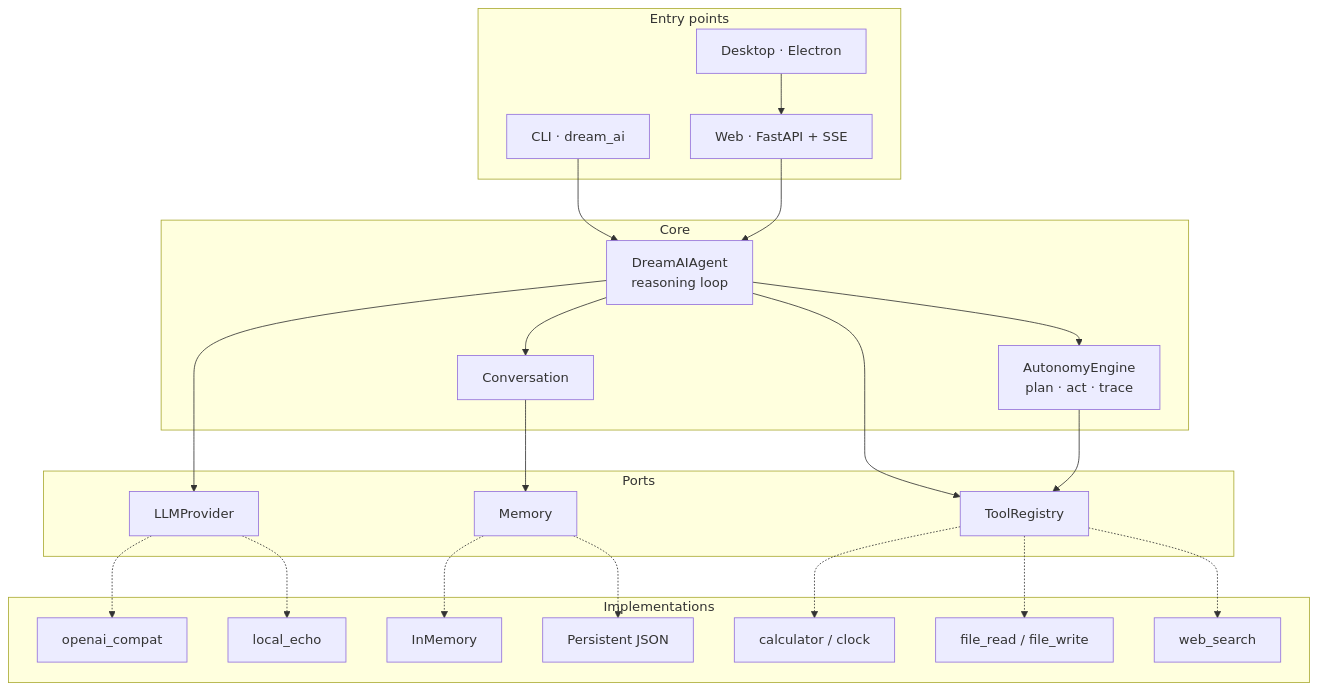
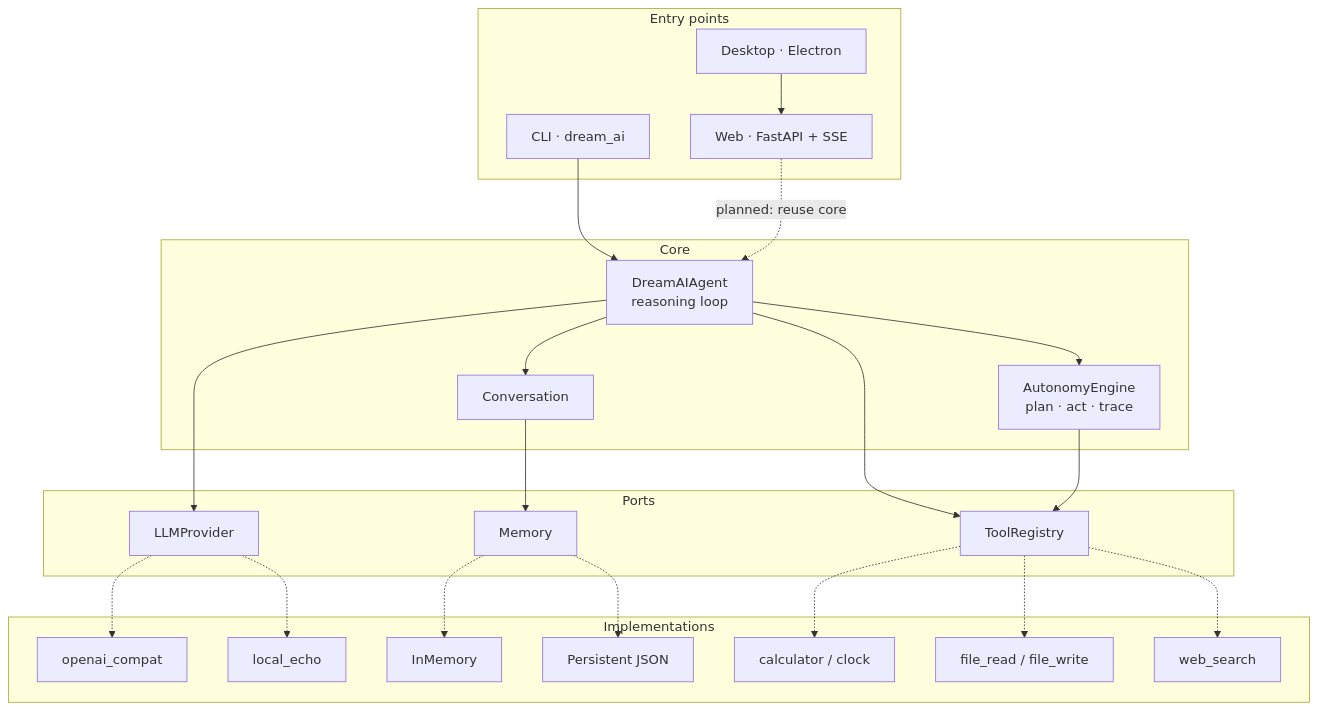
One commit to Li-Guijiang/DreamAI changed the diagram in README.md. Above: the diagram before and after it, drawn with Mermaid. The commit also changed other lines of this file and 36 other files, not shown here.

````diff
--- a/README.md
+++ b/README.md
@@ -99,47 +116,47 @@
 ```mermaid
 flowchart TB
     subgraph entry["Entry points"]
         CLI["CLI · dream_ai"]
         WEB["Web · FastAPI + SSE"]
         DESK["Desktop · Electron"]
     end
 
     subgraph core["Core"]
         AGENT["DreamAIAgent<br/>reasoning loop"]
         CONV["Conversation"]
         AUTO["AutonomyEngine<br/>plan · act · trace"]
     end
 
     subgraph ports["Ports"]
         PROV["LLMProvider"]
         MEM["Memory"]
         TOOL["ToolRegistry"]
     end
 
     subgraph impl["Implementations"]
         P1["openai_compat"]
         P2["local_echo"]
         M1["InMemory"]
         M2["Persistent JSON"]
         T1["calculator / clock"]
         T2["file_read / file_write"]
         T3["web_search"]
     end
 
     CLI --> AGENT
-    WEB --> AGENT
+    WEB -.->|planned: reuse core| AGENT
     DESK --> WEB
     AGENT --> CONV
     AGENT --> AUTO
     AGENT --> PROV
     CONV --> MEM
     AGENT --> TOOL
     AUTO --> TOOL
     PROV -.-> P1
     PROV -.-> P2
     MEM -.-> M1
     MEM -.-> M2
     TOOL -.-> T1
     TOOL -.-> T2
     TOOL -.-> T3
 ```
````
